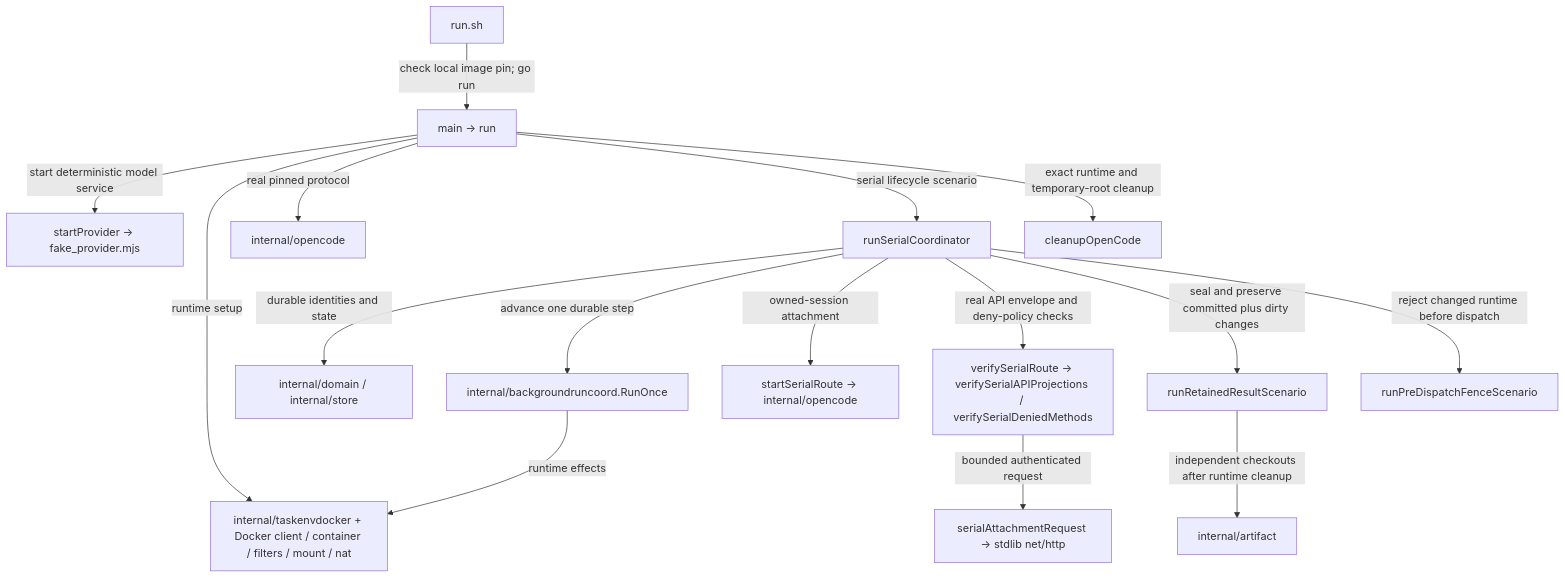
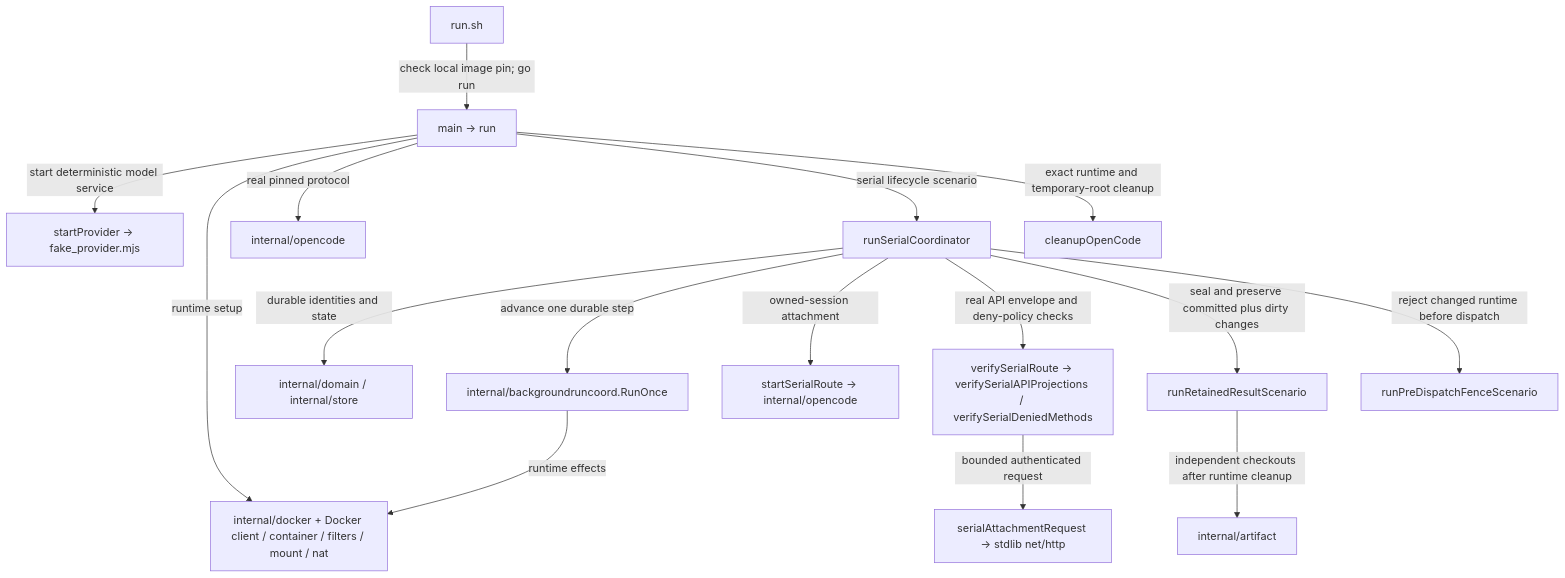
Before and after one commit to nebler/fern: the diagram in integration/background-run-opencode/README.md, drawn with Mermaid. The commit also changed 35 other files, not shown here.

First line of the commit message:
refactor: rename taskenvdocker to internal/docker

````diff
--- a/integration/background-run-opencode/README.md
+++ b/integration/background-run-opencode/README.md
@@ -13,18 +13,18 @@
 ```mermaid
 flowchart TD
   shell["run.sh"] -->|"check local image pin; go run"| main["main -> run"]
   main -->|"start deterministic model service"| start["startProvider -> fake_provider.mjs"]
-  main -->|"runtime setup"| provider["internal/taskenvdocker + Docker client / container / filters / mount / nat"]
+  main -->|"runtime setup"| provider["internal/docker + Docker client / container / filters / mount / nat"]
   main -->|"real pinned protocol"| protocol["internal/opencode"]
   main -->|"serial lifecycle scenario"| serial["runSerialCoordinator"]
   serial -->|"durable identities and state"| store["internal/domain / internal/store"]
   serial -->|"advance one durable step"| coord["internal/backgroundruncoord.RunOnce"]
   coord -->|"runtime effects"| provider
   serial -->|"owned-session attachment"| route["startSerialRoute -> internal/opencode"]
   serial -->|"real API envelope and deny-policy checks"| attach["verifySerialRoute -> verifySerialAPIProjections / verifySerialDeniedMethods"]
   attach -->|"bounded authenticated request"| req["serialAttachmentRequest -> stdlib net/http"]
   serial -->|"seal and preserve committed plus dirty changes"| retain["runRetainedResultScenario"]
   retain -->|"independent checkouts after runtime cleanup"| artifact["internal/artifact"]
   serial -->|"reject changed runtime before dispatch"| fence["runPreDispatchFenceScenario"]
   main -->|"exact runtime and temporary-root cleanup"| cleanup["cleanupOpenCode"]
 ```
````
